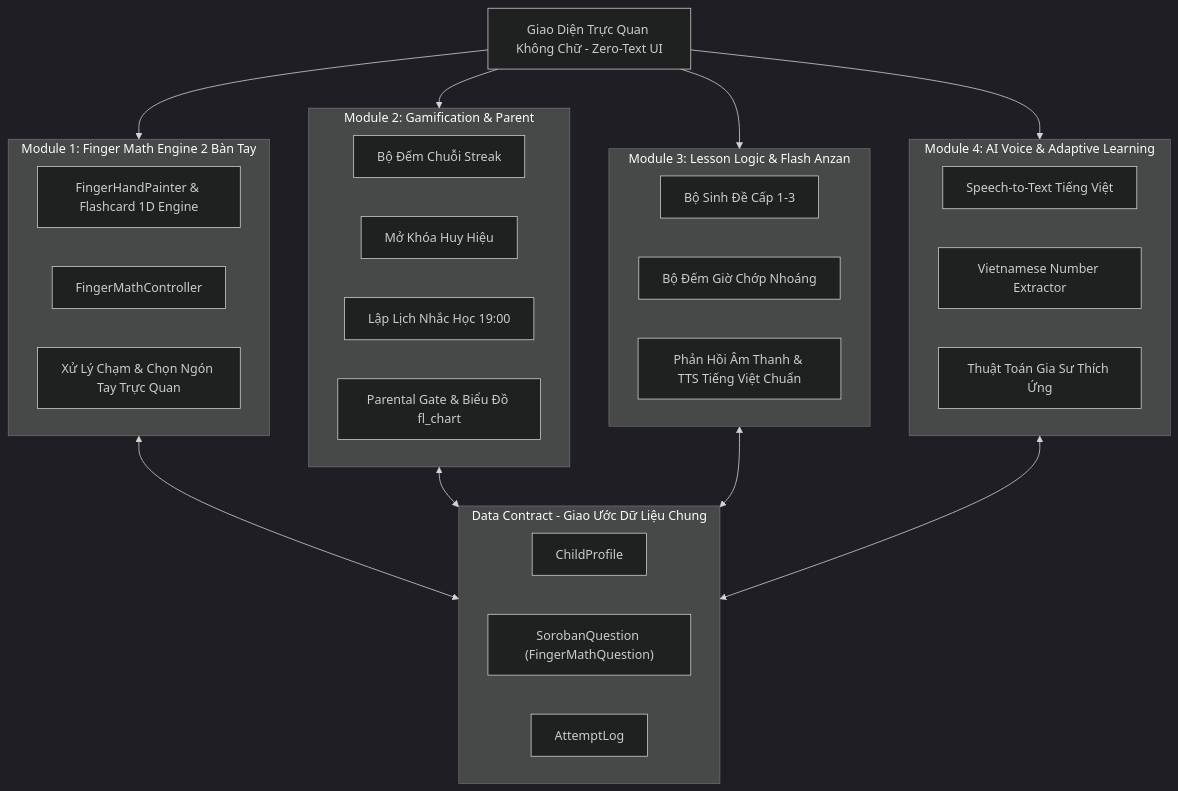
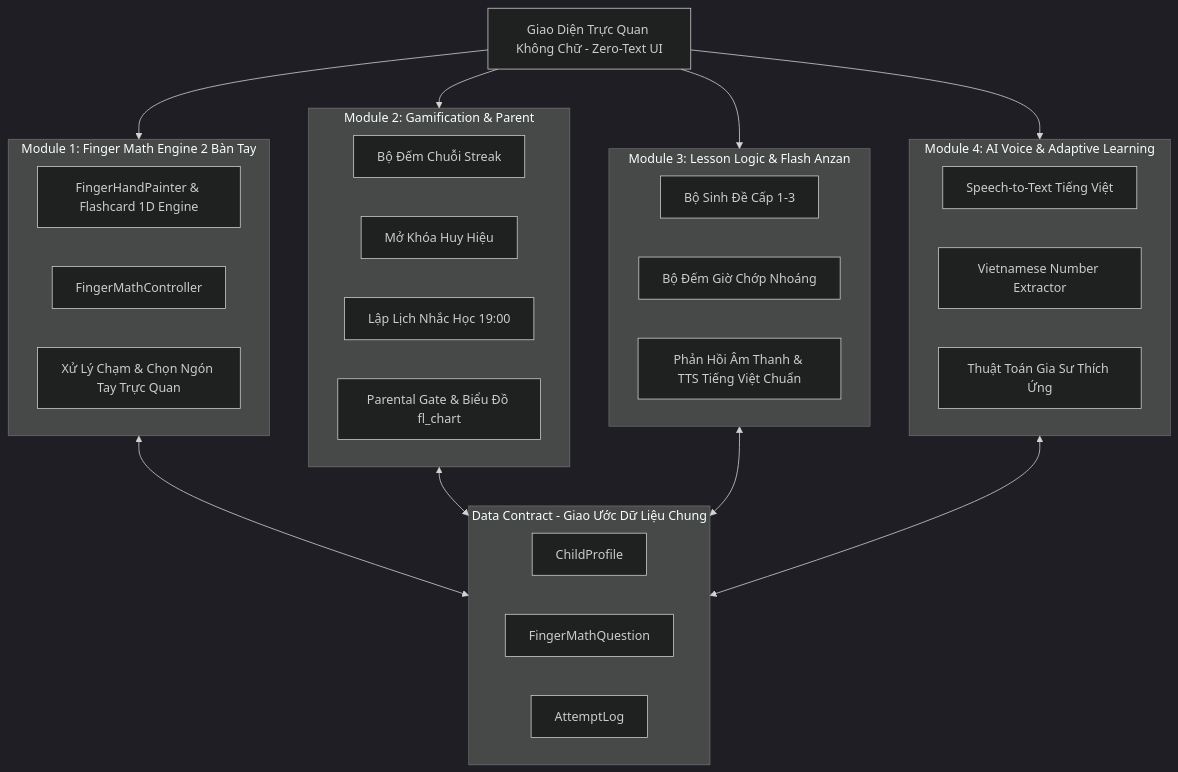
The diagram in nhom15-65ktpm/docs/KIEN_TRUC_HE_THONG.md (DuongNguyenAnhh-3185/nhom15-65ktpm), drawn with Mermaid (dark theme) before and after one commit. The commit also changed other lines of this file and 10 other files, not shown here.

Commit message:
fix(lead): refactor FingerMath engine, tieu chuan hoa bao mat firebase va don dep tai lieu 100% finger math

````diff
--- a/nhom15-65ktpm/docs/KIEN_TRUC_HE_THONG.md
+++ b/nhom15-65ktpm/docs/KIEN_TRUC_HE_THONG.md
@@ -10,45 +10,45 @@
 ```mermaid
 graph TD
     UI[Giao Diện Trực Quan Không Chữ - Zero-Text UI]
     
     subgraph Shared_Data_Contract[Data Contract - Giao Ước Dữ Liệu Chung]
         CP[ChildProfile]
-        SQ["SorobanQuestion (FingerMathQuestion)"]
+        SQ[FingerMathQuestion]
         AL[AttemptLog]
     end
 
     subgraph Module1[Module 1: Finger Math Engine 2 Bàn Tay]
         FHP[FingerHandPainter & Flashcard 1D Engine]
         FMC[FingerMathController]
         Touch[Xử Lý Chạm & Chọn Ngón Tay Trực Quan]
     end
 
     subgraph Module2[Module 2: Gamification & Parent]
         Streak[Bộ Đếm Chuỗi Streak]
         Badge[Mở Khóa Huy Hiệu]
         Notify[Lập Lịch Nhắc Học 19:00]
         Parent[Parental Gate & Biểu Đồ fl_chart]
     end
 
     subgraph Module3[Module 3: Lesson Logic & Flash Anzan]
         QGen[Bộ Sinh Đề Cấp 1-3]
         Anzan[Bộ Đếm Giờ Chớp Nhoáng]
         Audio[Phản Hồi Âm Thanh & TTS Tiếng Việt Chuẩn]
     end
 
     subgraph Module4[Module 4: AI Voice & Adaptive Learning]
         STT[Speech-to-Text Tiếng Việt]
         NLP[Vietnamese Number Extractor]
         Adaptive[Thuật Toán Gia Sư Thích Ứng]
     end
 
     UI --> Module1
     UI --> Module2
     UI --> Module3
     UI --> Module4
 
     Module1 <--> Shared_Data_Contract
     Module2 <--> Shared_Data_Contract
     Module3 <--> Shared_Data_Contract
     Module4 <--> Shared_Data_Contract
 ```
````
